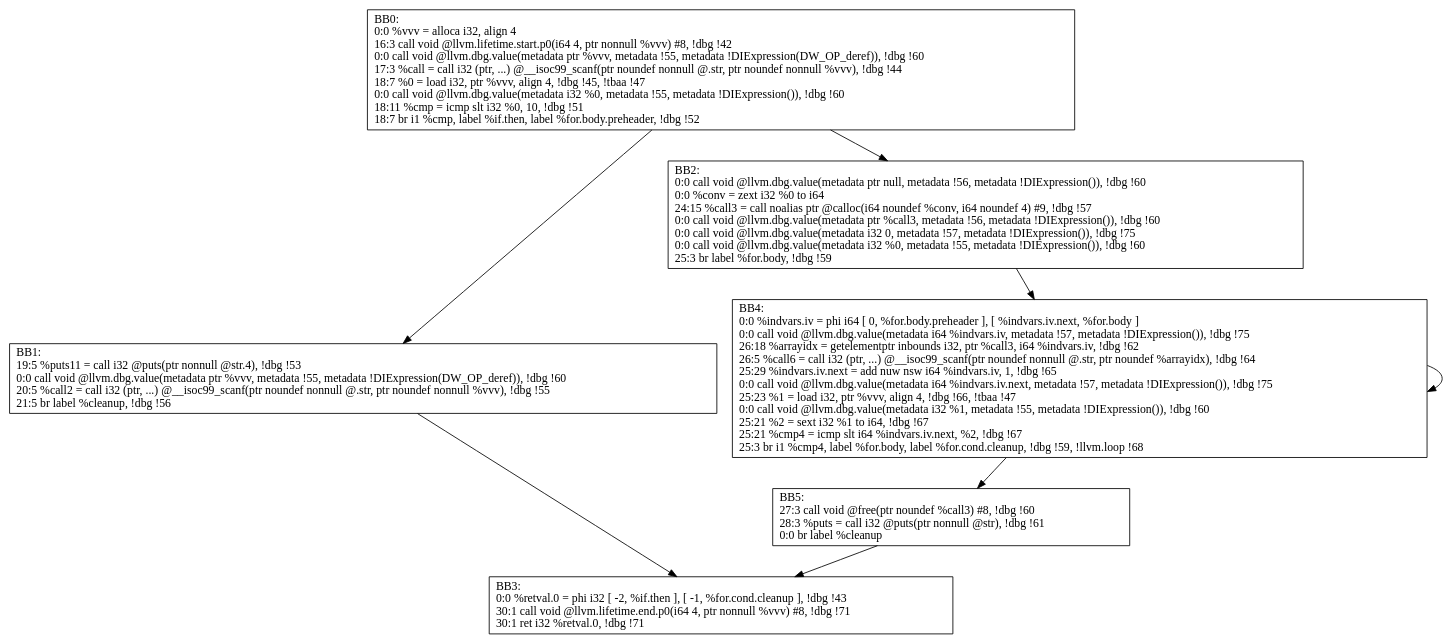
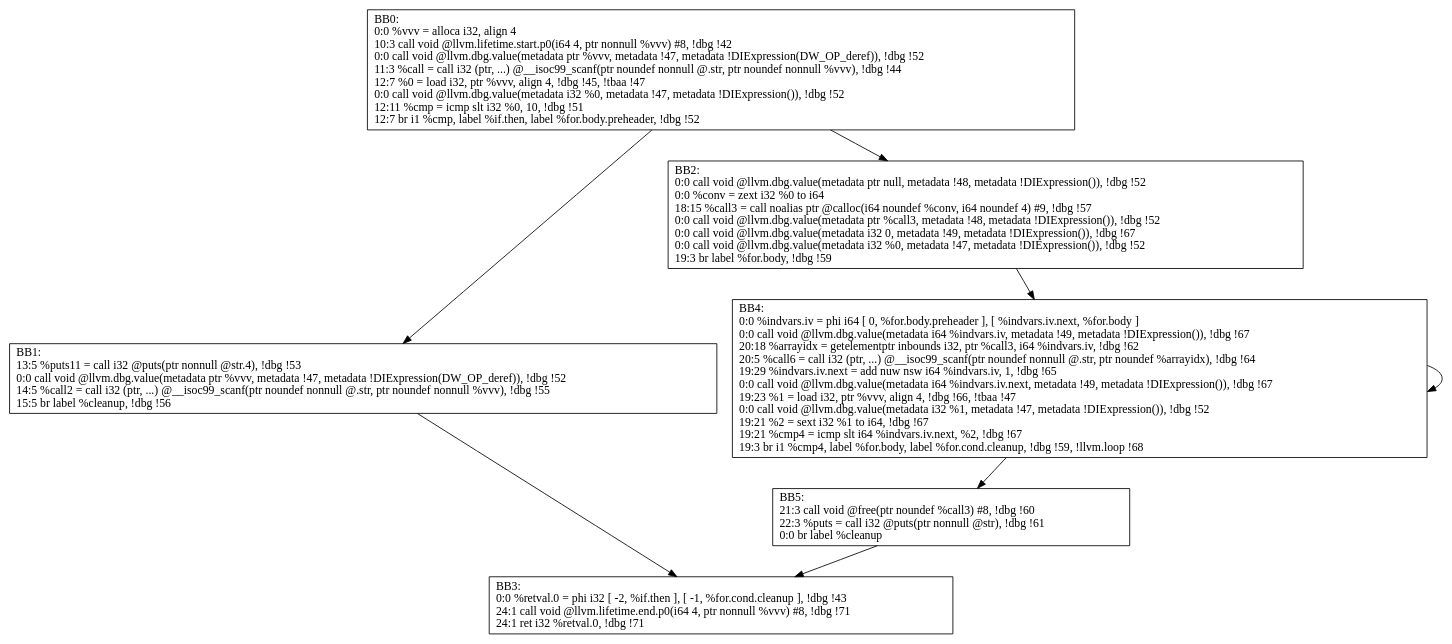
One commit to M-ouse/FinalDesign changed the diagram in output/demo.ll_usep_CFG.dot. Above: the diagram before and after it, drawn with Graphviz. The commit also changed 10 other files, not shown here.

Commit message:
add null func call compare, work not well

```diff
--- a/output/demo.ll_usep_CFG.dot
+++ b/output/demo.ll_usep_CFG.dot
@@ -1,15 +1,15 @@
 digraph "CFG for'usep' function" {
 	BB0-> BB1;
 	BB0-> BB2;
 	BB1-> BB3;
 	BB2-> BB4;
 	BB4-> BB4;
 	BB4-> BB5;
 	BB5-> BB3;
-	BB0 [shape=record, label="{BB0:\l0:0   %vvv = alloca i32, align 4\l 16:3   call void @llvm.lifetime.start.p0(i64 4, ptr nonnull %vvv) #8, !dbg !42\l 0:0   call void @llvm.dbg.value(metadata ptr %vvv, metadata !55, metadata !DIExpression(DW_OP_deref)), !dbg !60\l 17:3   %call = call i32 (ptr, ...) @__isoc99_scanf(ptr noundef nonnull @.str, ptr noundef nonnull %vvv), !dbg !44\l 18:7   %0 = load i32, ptr %vvv, align 4, !dbg !45, !tbaa !47\l 0:0   call void @llvm.dbg.value(metadata i32 %0, metadata !55, metadata !DIExpression()), !dbg !60\l 18:11   %cmp = icmp slt i32 %0, 10, !dbg !51\l 18:7   br i1 %cmp, label %if.then, label %for.body.preheader, !dbg !52\l }"];
-	BB1 [shape=record, label="{BB1:\l19:5   %puts11 = call i32 @puts(ptr nonnull @str.4), !dbg !53\l 0:0   call void @llvm.dbg.value(metadata ptr %vvv, metadata !55, metadata !DIExpression(DW_OP_deref)), !dbg !60\l 20:5   %call2 = call i32 (ptr, ...) @__isoc99_scanf(ptr noundef nonnull @.str, ptr noundef nonnull %vvv), !dbg !55\l 21:5   br label %cleanup, !dbg !56\l }"];
-	BB2 [shape=record, label="{BB2:\l0:0   call void @llvm.dbg.value(metadata ptr null, metadata !56, metadata !DIExpression()), !dbg !60\l 0:0   %conv = zext i32 %0 to i64\l 24:15   %call3 = call noalias ptr @calloc(i64 noundef %conv, i64 noundef 4) #9, !dbg !57\l 0:0   call void @llvm.dbg.value(metadata ptr %call3, metadata !56, metadata !DIExpression()), !dbg !60\l 0:0   call void @llvm.dbg.value(metadata i32 0, metadata !57, metadata !DIExpression()), !dbg !75\l 0:0   call void @llvm.dbg.value(metadata i32 %0, metadata !55, metadata !DIExpression()), !dbg !60\l 25:3   br label %for.body, !dbg !59\l }"];
-	BB3 [shape=record, label="{BB3:\l0:0   %retval.0 = phi i32 [ -2, %if.then ], [ -1, %for.cond.cleanup ], !dbg !43\l 30:1   call void @llvm.lifetime.end.p0(i64 4, ptr nonnull %vvv) #8, !dbg !71\l 30:1   ret i32 %retval.0, !dbg !71\l }"];
-	BB4 [shape=record, label="{BB4:\l0:0   %indvars.iv = phi i64 [ 0, %for.body.preheader ], [ %indvars.iv.next, %for.body ]\l 0:0   call void @llvm.dbg.value(metadata i64 %indvars.iv, metadata !57, metadata !DIExpression()), !dbg !75\l 26:18   %arrayidx = getelementptr inbounds i32, ptr %call3, i64 %indvars.iv, !dbg !62\l 26:5   %call6 = call i32 (ptr, ...) @__isoc99_scanf(ptr noundef nonnull @.str, ptr noundef %arrayidx), !dbg !64\l 25:29   %indvars.iv.next = add nuw nsw i64 %indvars.iv, 1, !dbg !65\l 0:0   call void @llvm.dbg.value(metadata i64 %indvars.iv.next, metadata !57, metadata !DIExpression()), !dbg !75\l 25:23   %1 = load i32, ptr %vvv, align 4, !dbg !66, !tbaa !47\l 0:0   call void @llvm.dbg.value(metadata i32 %1, metadata !55, metadata !DIExpression()), !dbg !60\l 25:21   %2 = sext i32 %1 to i64, !dbg !67\l 25:21   %cmp4 = icmp slt i64 %indvars.iv.next, %2, !dbg !67\l 25:3   br i1 %cmp4, label %for.body, label %for.cond.cleanup, !dbg !59, !llvm.loop !68\l }"];
-	BB5 [shape=record, label="{BB5:\l27:3   call void @free(ptr noundef %call3) #8, !dbg !60\l 28:3   %puts = call i32 @puts(ptr nonnull @str), !dbg !61\l 0:0   br label %cleanup\l }"];
+	BB0 [shape=record, label="{BB0:\l0:0   %vvv = alloca i32, align 4\l 10:3   call void @llvm.lifetime.start.p0(i64 4, ptr nonnull %vvv) #8, !dbg !42\l 0:0   call void @llvm.dbg.value(metadata ptr %vvv, metadata !47, metadata !DIExpression(DW_OP_deref)), !dbg !52\l 11:3   %call = call i32 (ptr, ...) @__isoc99_scanf(ptr noundef nonnull @.str, ptr noundef nonnull %vvv), !dbg !44\l 12:7   %0 = load i32, ptr %vvv, align 4, !dbg !45, !tbaa !47\l 0:0   call void @llvm.dbg.value(metadata i32 %0, metadata !47, metadata !DIExpression()), !dbg !52\l 12:11   %cmp = icmp slt i32 %0, 10, !dbg !51\l 12:7   br i1 %cmp, label %if.then, label %for.body.preheader, !dbg !52\l }"];
+	BB1 [shape=record, label="{BB1:\l13:5   %puts11 = call i32 @puts(ptr nonnull @str.4), !dbg !53\l 0:0   call void @llvm.dbg.value(metadata ptr %vvv, metadata !47, metadata !DIExpression(DW_OP_deref)), !dbg !52\l 14:5   %call2 = call i32 (ptr, ...) @__isoc99_scanf(ptr noundef nonnull @.str, ptr noundef nonnull %vvv), !dbg !55\l 15:5   br label %cleanup, !dbg !56\l }"];
+	BB2 [shape=record, label="{BB2:\l0:0   call void @llvm.dbg.value(metadata ptr null, metadata !48, metadata !DIExpression()), !dbg !52\l 0:0   %conv = zext i32 %0 to i64\l 18:15   %call3 = call noalias ptr @calloc(i64 noundef %conv, i64 noundef 4) #9, !dbg !57\l 0:0   call void @llvm.dbg.value(metadata ptr %call3, metadata !48, metadata !DIExpression()), !dbg !52\l 0:0   call void @llvm.dbg.value(metadata i32 0, metadata !49, metadata !DIExpression()), !dbg !67\l 0:0   call void @llvm.dbg.value(metadata i32 %0, metadata !47, metadata !DIExpression()), !dbg !52\l 19:3   br label %for.body, !dbg !59\l }"];
+	BB3 [shape=record, label="{BB3:\l0:0   %retval.0 = phi i32 [ -2, %if.then ], [ -1, %for.cond.cleanup ], !dbg !43\l 24:1   call void @llvm.lifetime.end.p0(i64 4, ptr nonnull %vvv) #8, !dbg !71\l 24:1   ret i32 %retval.0, !dbg !71\l }"];
+	BB4 [shape=record, label="{BB4:\l0:0   %indvars.iv = phi i64 [ 0, %for.body.preheader ], [ %indvars.iv.next, %for.body ]\l 0:0   call void @llvm.dbg.value(metadata i64 %indvars.iv, metadata !49, metadata !DIExpression()), !dbg !67\l 20:18   %arrayidx = getelementptr inbounds i32, ptr %call3, i64 %indvars.iv, !dbg !62\l 20:5   %call6 = call i32 (ptr, ...) @__isoc99_scanf(ptr noundef nonnull @.str, ptr noundef %arrayidx), !dbg !64\l 19:29   %indvars.iv.next = add nuw nsw i64 %indvars.iv, 1, !dbg !65\l 0:0   call void @llvm.dbg.value(metadata i64 %indvars.iv.next, metadata !49, metadata !DIExpression()), !dbg !67\l 19:23   %1 = load i32, ptr %vvv, align 4, !dbg !66, !tbaa !47\l 0:0   call void @llvm.dbg.value(metadata i32 %1, metadata !47, metadata !DIExpression()), !dbg !52\l 19:21   %2 = sext i32 %1 to i64, !dbg !67\l 19:21   %cmp4 = icmp slt i64 %indvars.iv.next, %2, !dbg !67\l 19:3   br i1 %cmp4, label %for.body, label %for.cond.cleanup, !dbg !59, !llvm.loop !68\l }"];
+	BB5 [shape=record, label="{BB5:\l21:3   call void @free(ptr noundef %call3) #8, !dbg !60\l 22:3   %puts = call i32 @puts(ptr nonnull @str), !dbg !61\l 0:0   br label %cleanup\l }"];
 }
```
